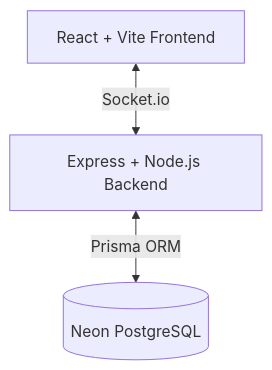
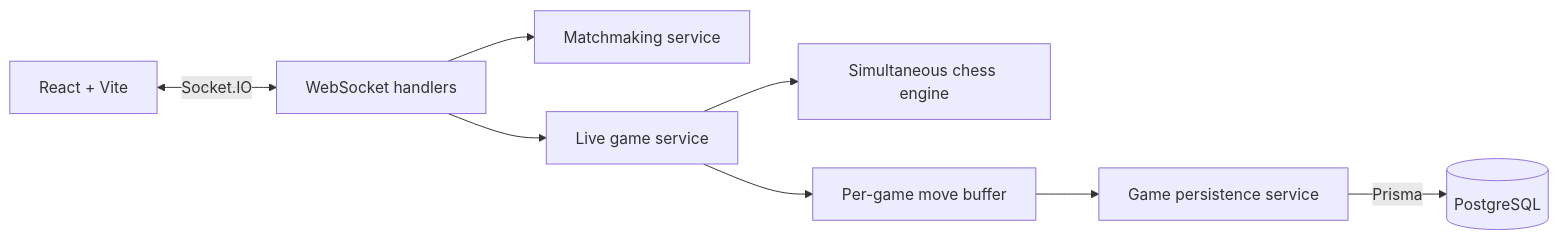
Before and after one commit to waygeance/Checkless: the diagram in docs/ARCHITECTURE.md, drawn with Mermaid. The commit also changed other lines of this file and 20 other files, not shown here.

Commit message:
feat: implement batched persistent move buffering, matchmaking, and game service infrastructure

````diff
--- a/docs/ARCHITECTURE.md
+++ b/docs/ARCHITECTURE.md
@@ -8,5 +9,10 @@
 ```mermaid
-graph TD
-    Client[React + Vite Frontend] <-->|Socket.io| Server[Express + Node.js Backend]
-    Server <-->|Prisma ORM| Database[(Neon PostgreSQL)]
+flowchart LR
+  Client[React + Vite] <-->|Socket.IO| Transport[WebSocket handlers]
+  Transport --> Matchmaking[Matchmaking service]
+  Transport --> LiveGames[Live game service]
+  LiveGames --> Engine[Simultaneous chess engine]
+  LiveGames --> Buffer[Per-game move buffer]
+  Buffer --> Persistence[Game persistence service]
+  Persistence -->|Prisma| Database[(PostgreSQL)]
 ```
````
